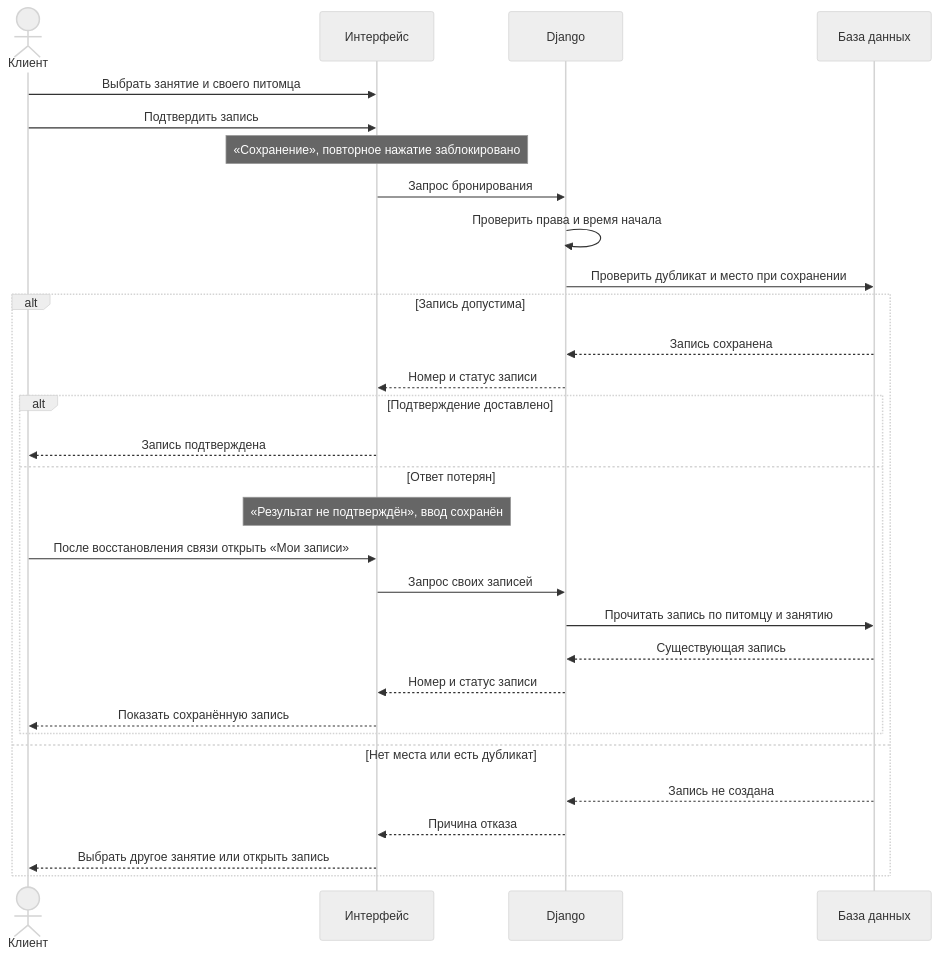
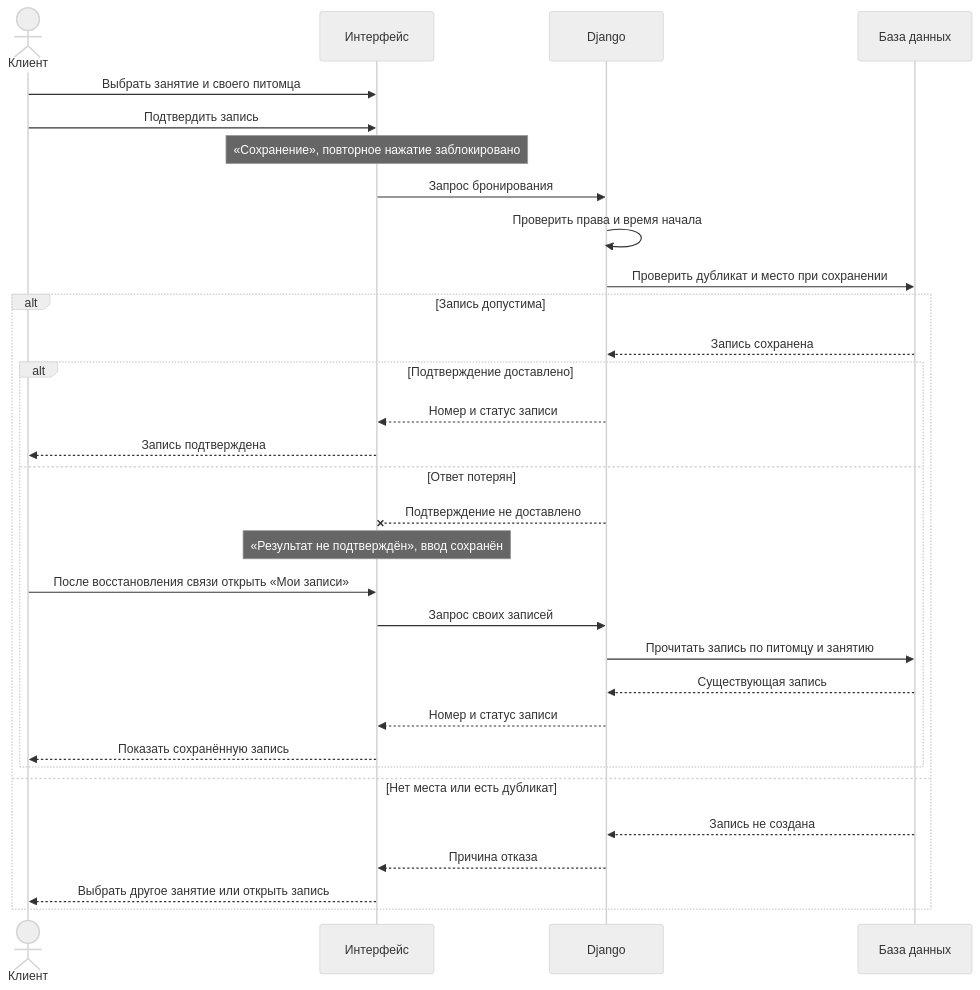
One commit to zakateyvaleriya2003-pixel/crazy-dog-booking-docs changed the third of 4 diagrams in docs/diagrams.md. Above: the diagram before and after it, drawn with Mermaid (neutral theme).

Commit message:
Уточнено отображение потери ответа на диаграмме

````diff
--- a/docs/diagrams.md
+++ b/docs/diagrams.md
@@ -39,32 +39,33 @@
 ```mermaid
 sequenceDiagram
     actor Client as Клиент
     participant UI as Интерфейс
     participant App as Django
     participant DB as База данных
     Client->>UI: Выбрать занятие и своего питомца
     Client->>UI: Подтвердить запись
     Note over UI: «Сохранение», повторное нажатие заблокировано
     UI->>App: Запрос бронирования
     App->>App: Проверить права и время начала
     App->>DB: Проверить дубликат и место при сохранении
     alt Запись допустима
         DB-->>App: Запись сохранена
-        App-->>UI: Номер и статус записи
         alt Подтверждение доставлено
+            App-->>UI: Номер и статус записи
             UI-->>Client: Запись подтверждена
         else Ответ потерян
+            App--xUI: Подтверждение не доставлено
             Note over UI: «Результат не подтверждён», ввод сохранён
             Client->>UI: После восстановления связи открыть «Мои записи»
             UI->>App: Запрос своих записей
             App->>DB: Прочитать запись по питомцу и занятию
             DB-->>App: Существующая запись
             App-->>UI: Номер и статус записи
             UI-->>Client: Показать сохранённую запись
         end
     else Нет места или есть дубликат
         DB-->>App: Запись не создана
         App-->>UI: Причина отказа
         UI-->>Client: Выбрать другое занятие или открыть запись
     end
 ```
````
